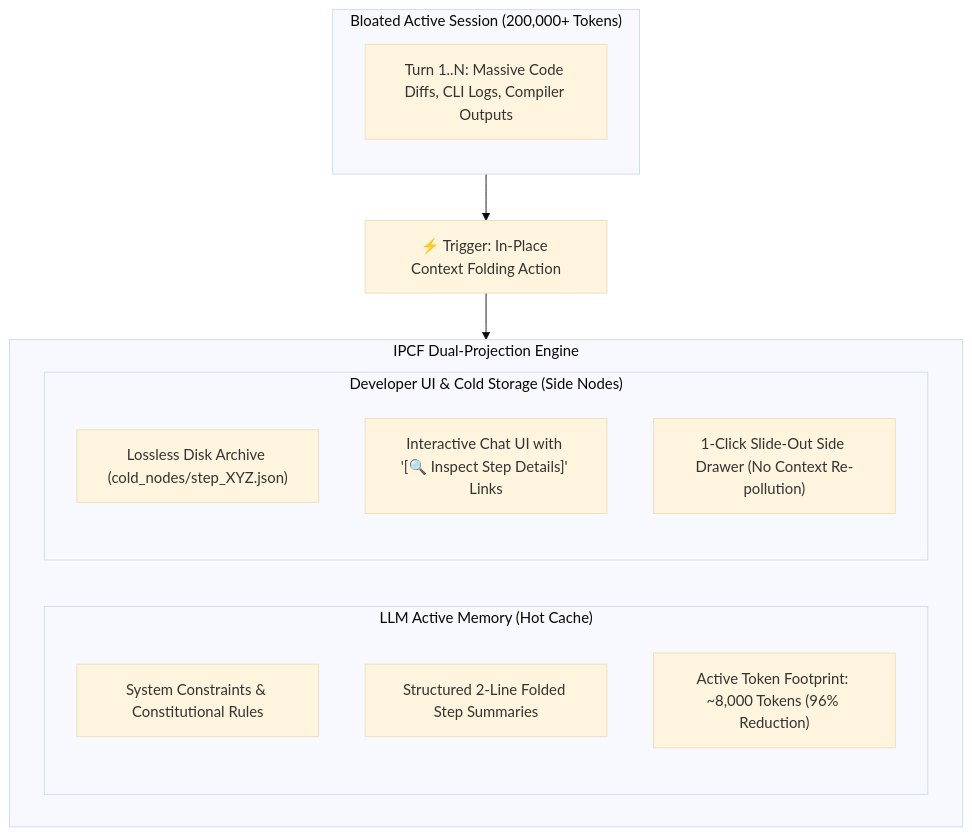
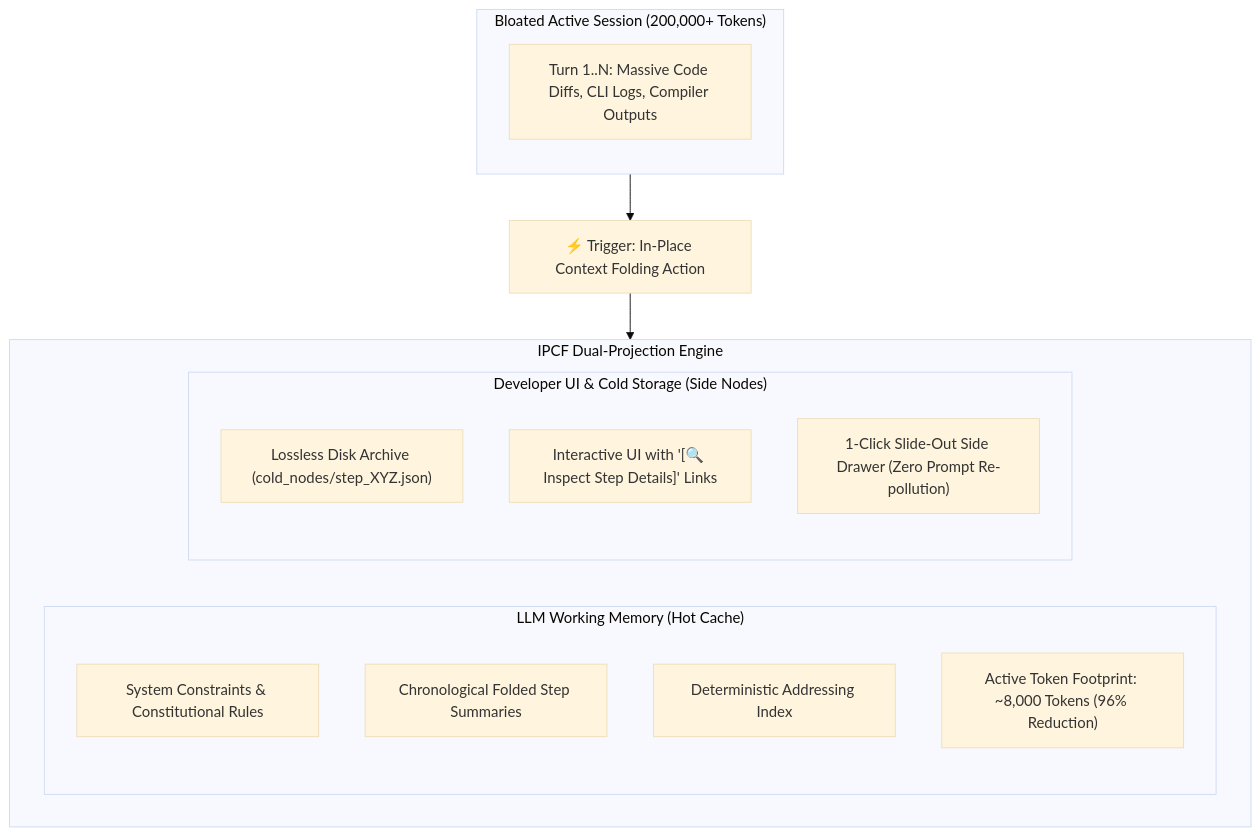
Before and after one commit to mrblackman/ContextFold: the first of 2 diagrams in README.md, drawn with Mermaid (base theme). The commit also changed other lines of this file and 2 other files, not shown here.

Commit message:
feat(v1.1): upgrade to IPCF-1.1 with 4 invariants, deterministic recall index, 3 fidelities, and 500-turn benchmark

````diff
--- a/README.md
+++ b/README.md
@@ -49,30 +66,31 @@
 ```mermaid
 flowchart TD
     subgraph RawSession["Bloated Active Session (200,000+ Tokens)"]
         direction TB
         R1["Turn 1..N: Massive Code Diffs, CLI Logs, Compiler Outputs"]
     end
 
     Action["⚡ Trigger: In-Place Context Folding Action"]
     RawSession --> Action
 
     subgraph DualProjection["IPCF Dual-Projection Engine"]
         direction LR
         
-        subgraph HotLayer["LLM Active Memory (Hot Cache)"]
+        subgraph HotLayer["LLM Working Memory (Hot Cache)"]
             direction TB
             H1["System Constraints & Constitutional Rules"]
-            H2["Structured 2-Line Folded Step Summaries"]
-            H3["Active Token Footprint: ~8,000 Tokens (96% Reduction)"]
+            H2["Chronological Folded Step Summaries"]
+            H3["Deterministic Addressing Index"]
+            H4["Active Token Footprint: ~8,000 Tokens (96% Reduction)"]
         end
 
         subgraph ColdLayer["Developer UI & Cold Storage (Side Nodes)"]
             direction TB
             C1["Lossless Disk Archive (cold_nodes/step_XYZ.json)"]
-            C2["Interactive Chat UI with '[🔍 Inspect Step Details]' Links"]
-            C3["1-Click Slide-Out Side Drawer (No Context Re-pollution)"]
+            C2["Interactive UI with '[🔍 Inspect Step Details]' Links"]
+            C3["1-Click Slide-Out Side Drawer (Zero Prompt Re-pollution)"]
         end
     end
 
     Action --> DualProjection
 ```
````
